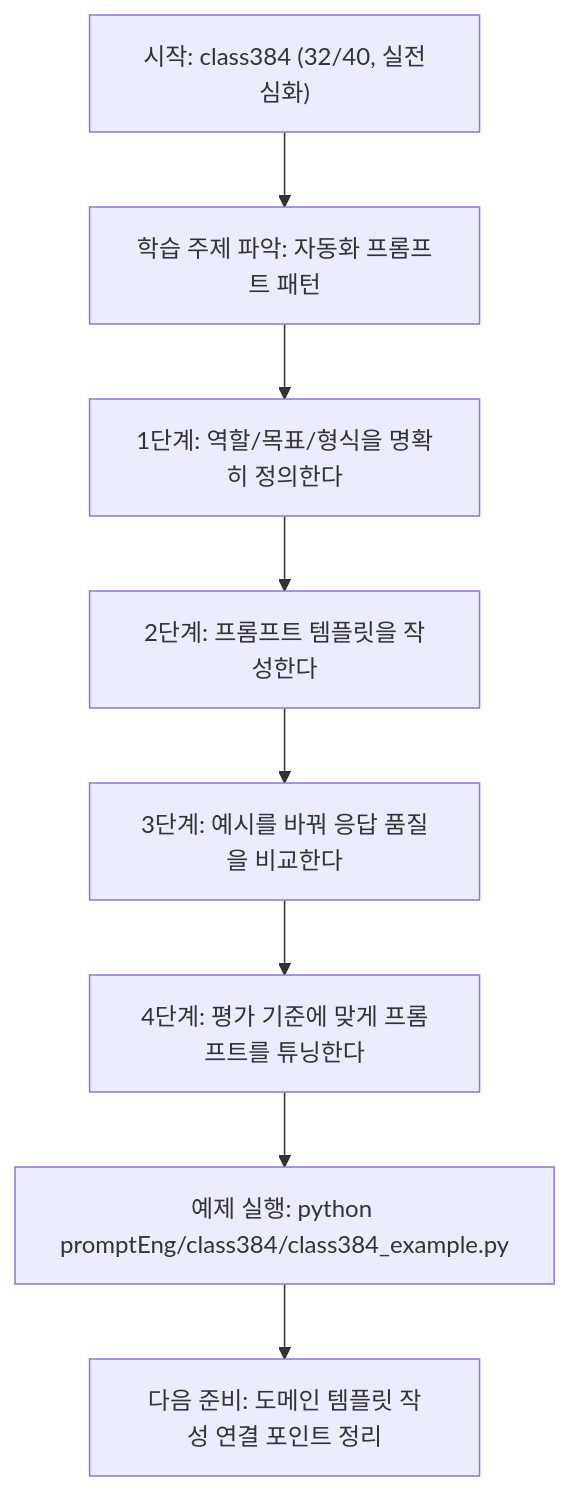
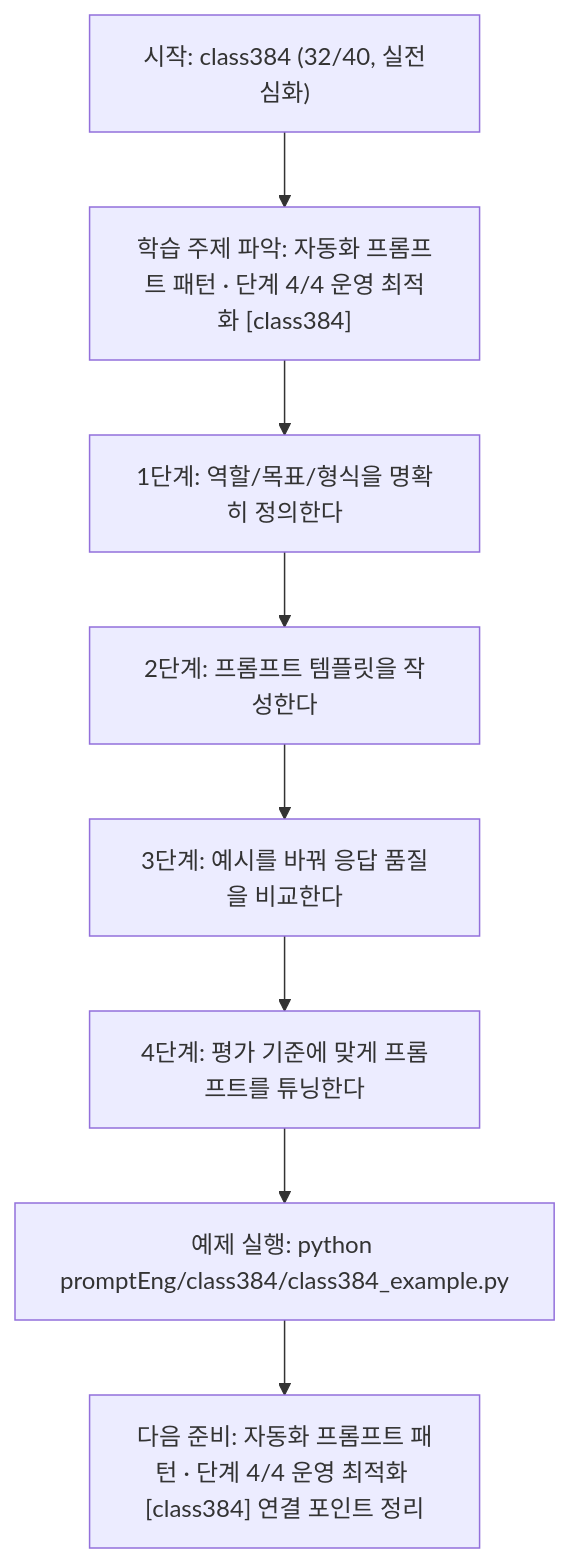
One commit to edumgt/Python-AI_Agent-Class changed the diagram in promptEng/class384/class384.md. Above: the diagram before and after it, drawn with Mermaid. The commit also changed other lines of this file and 522 other files, not shown here.

````diff
--- a/promptEng/class384/class384.md
+++ b/promptEng/class384/class384.md
@@ -109,18 +110,18 @@
 ```mermaid
 flowchart TD
 N1["시작: class384 (32/40, 실전심화)"]
-N2["학습 주제 파악: 자동화 프롬프트 패턴"]
+N2["학습 주제 파악: 자동화 프롬프트 패턴 · 단계 4/4 운영 최적화 [class384]"]
 N3["1단계: 역할/목표/형식을 명확히 정의한다"]
 N4["2단계: 프롬프트 템플릿을 작성한다"]
 N5["3단계: 예시를 바꿔 응답 품질을 비교한다"]
 N6["4단계: 평가 기준에 맞게 프롬프트를 튜닝한다"]
 N7["예제 실행: python promptEng/class384/class384_example.py"]
-N8["다음 준비: 도메인 템플릿 작성 연결 포인트 정리"]
+N8["다음 준비: 자동화 프롬프트 패턴 · 단계 4/4 운영 최적화 [class384] 연결 포인트 정리"]
 N1 --> N2
 N2 --> N3
 N3 --> N4
 N4 --> N5
 N5 --> N6
 N6 --> N7
 N7 --> N8
 ```
````
